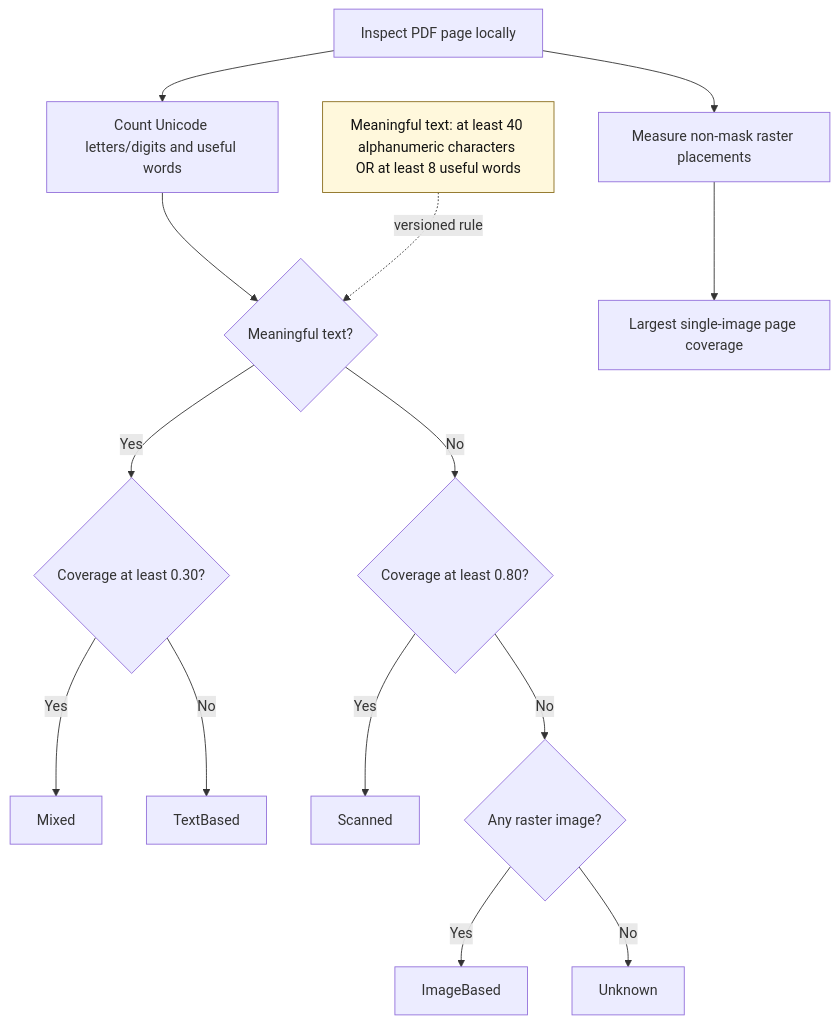
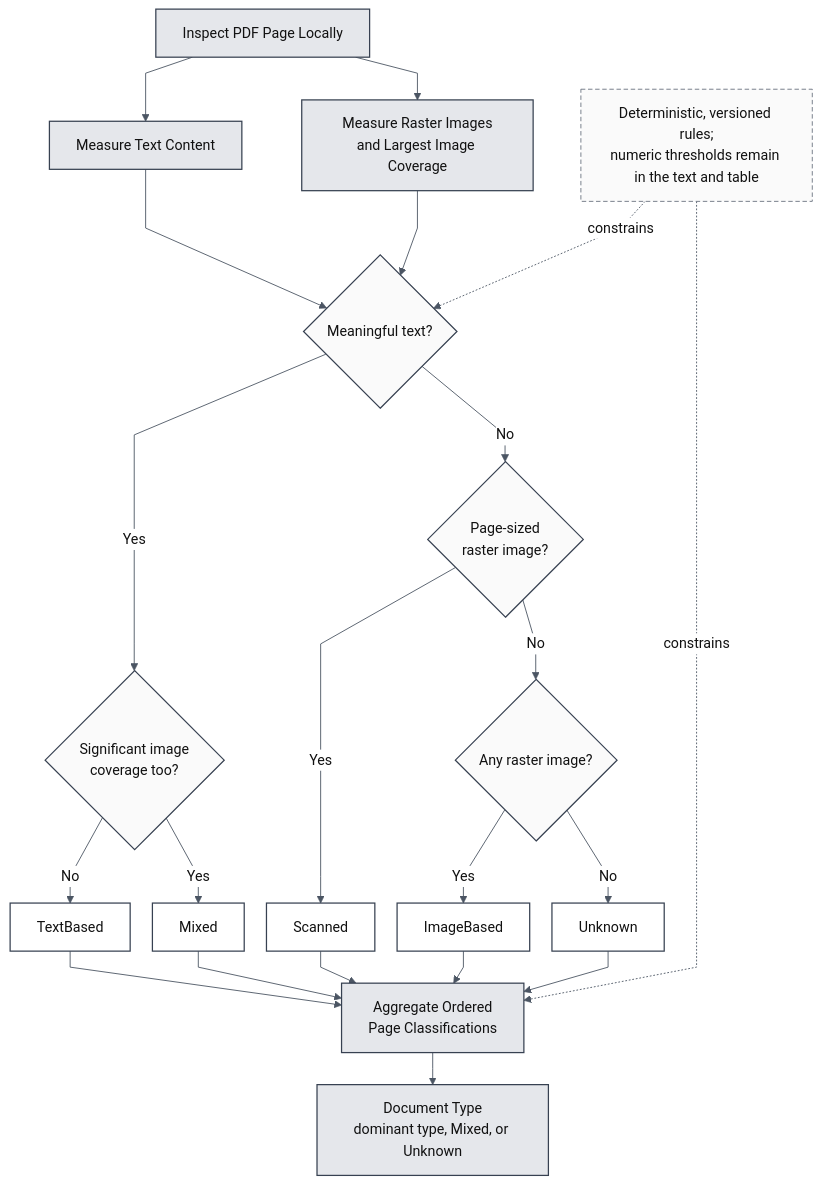
One commit to mirceas415/ai-document-assistant changed the diagram in docs/thesis/FACE_thesis_template/diagrams/DIA-04-pdf-page-classification.mmd. Above: the diagram before and after it, drawn with Mermaid. The commit also changed 25 other files, not shown here.

Commit message:
docs: render and integrate thesis diagrams

```diff
--- a/docs/thesis/FACE_thesis_template/diagrams/DIA-04-pdf-page-classification.mmd
+++ b/docs/thesis/FACE_thesis_template/diagrams/DIA-04-pdf-page-classification.mmd
@@ -1,17 +1,35 @@
-flowchart TD
-    A[Inspect PDF page locally] --> B[Count Unicode letters/digits and useful words]
-    A --> C[Measure non-mask raster placements]
-    B --> D{Meaningful text?}
-    C --> E[Largest single-image page coverage]
-    D -- Yes --> F{Coverage at least 0.30?}
-    F -- Yes --> G[Mixed]
-    F -- No --> H[TextBased]
-    D -- No --> I{Coverage at least 0.80?}
-    I -- Yes --> J[Scanned]
-    I -- No --> K{Any raster image?}
-    K -- Yes --> L[ImageBased]
-    K -- No --> M[Unknown]
+%%{init: {"theme":"base","themeVariables":{"fontFamily":"Arial, sans-serif","fontSize":"16px","primaryColor":"#f3f4f6","primaryTextColor":"#111111","primaryBorderColor":"#4b5563","lineColor":"#4b5563","secondaryColor":"#ffffff","tertiaryColor":"#e5e7eb","clusterBkg":"#fafafa","clusterBorder":"#6b7280"},"flowchart":{"curve":"linear","nodeSpacing":25,"rankSpacing":36,"htmlLabels":true}}}%%
+flowchart TB
+    Page[Inspect PDF Page Locally] --> Text[Measure Text Content]
+    Page --> Raster[Measure Raster Images<br/>and Largest Image Coverage]
+    Text --> Meaningful{Meaningful text?}
+    Raster --> Meaningful
 
-    N[Meaningful text: at least 40 alphanumeric characters OR at least 8 useful words]:::note
-    N -. versioned rule .-> D
-    classDef note fill:#fff8dc,stroke:#8a6d1d,color:#111;
+    Meaningful -- Yes --> Significant{Significant image<br/>coverage too?}
+    Significant -- No --> TextBased[TextBased]
+    Significant -- Yes --> Mixed[Mixed]
+
+    Meaningful -- No --> PageSized{Page-sized<br/>raster image?}
+    PageSized -- Yes --> Scanned[Scanned]
+    PageSized -- No --> AnyImage{Any raster image?}
+    AnyImage -- Yes --> ImageBased[ImageBased]
+    AnyImage -- No --> Unknown[Unknown]
+
+    TextBased --> Aggregate[Aggregate Ordered<br/>Page Classifications]
+    Mixed --> Aggregate
+    Scanned --> Aggregate
+    ImageBased --> Aggregate
+    Unknown --> Aggregate
+    Aggregate --> DocumentType[Document Type<br/>dominant type, Mixed, or Unknown]
+
+    Rule[Deterministic, versioned rules;<br/>numeric thresholds remain in the text and table] -. constrains .-> Meaningful
+    Rule -. constrains .-> Aggregate
+
+    classDef stage fill:#e5e7eb,stroke:#374151,stroke-width:1.4px,color:#111111;
+    classDef outcome fill:#ffffff,stroke:#374151,stroke-width:1.4px,color:#111111;
+    classDef decision fill:#fafafa,stroke:#374151,stroke-width:1.4px,color:#111111;
+    classDef note fill:#fafafa,stroke:#6b7280,stroke-dasharray:5 3,color:#111111;
+    class Page,Text,Raster,Aggregate,DocumentType stage;
+    class TextBased,Mixed,Scanned,ImageBased,Unknown outcome;
+    class Meaningful,Significant,PageSized,AnyImage decision;
+    class Rule note;
```
